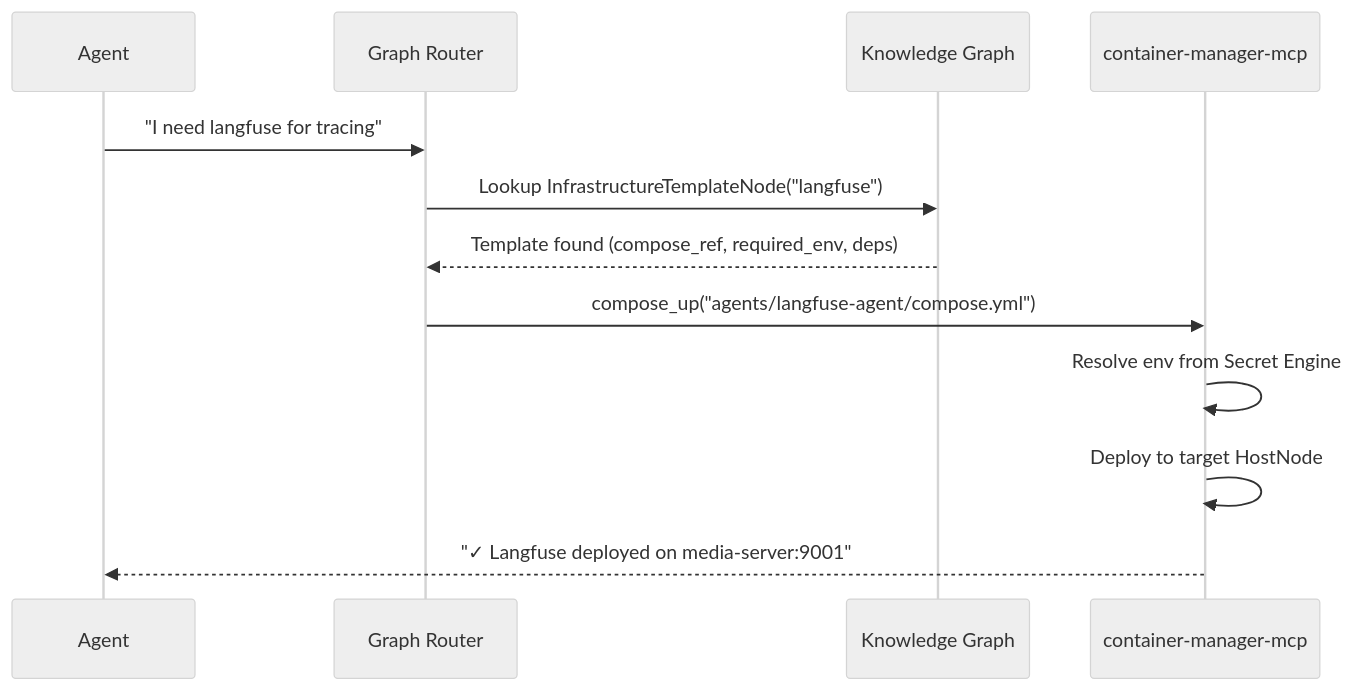
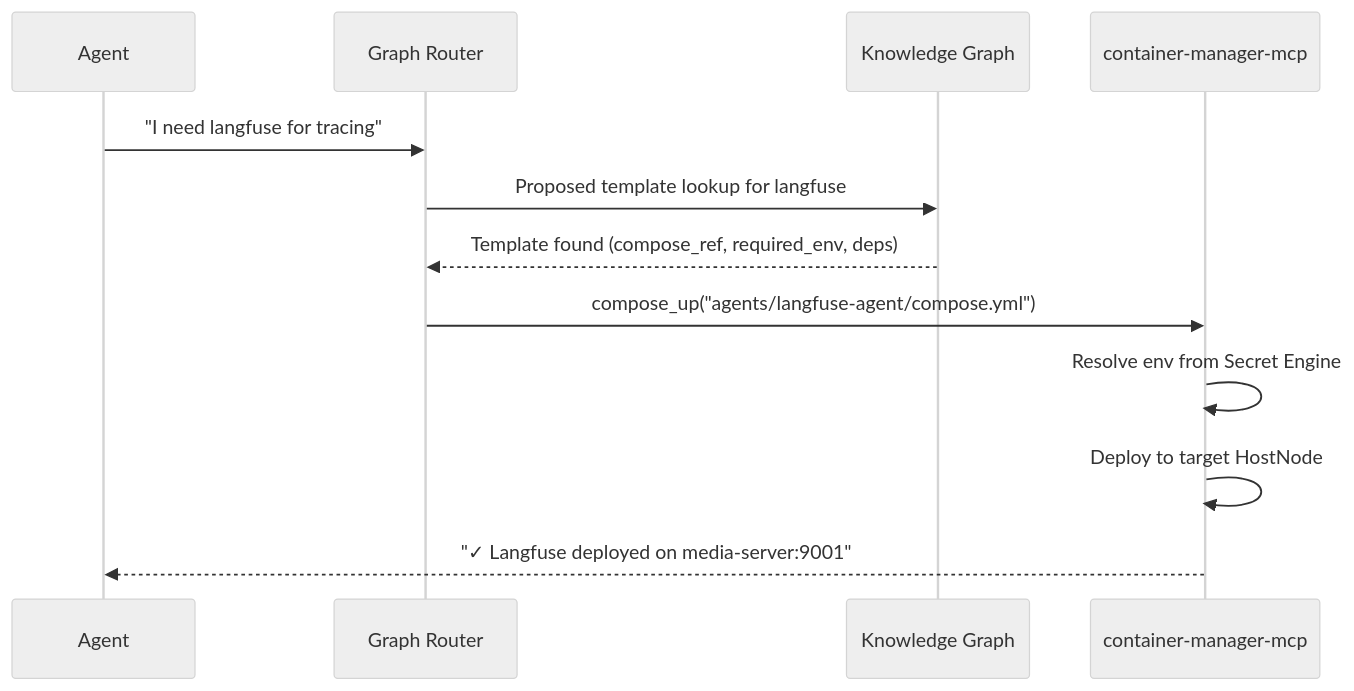
The third of 5 diagrams in docs/guides/agent-os-architecture.md (Knuckles-Team/agent-utilities), drawn with Mermaid (neutral theme) before and after one commit. The commit also changed other lines of this file and 15 other files, not shown here.

````diff
--- a/docs/guides/agent-os-architecture.md
+++ b/docs/guides/agent-os-architecture.md
@@ -205,15 +205,15 @@
 ```mermaid
 sequenceDiagram
     participant A as Agent
     participant GR as Graph Router
     participant KG as Knowledge Graph
     participant CM as container-manager-mcp
 
     A->>GR: "I need langfuse for tracing"
-    GR->>KG: Lookup InfrastructureTemplateNode("langfuse")
+    GR->>KG: Proposed template lookup for langfuse
     KG-->>GR: Template found (compose_ref, required_env, deps)
     GR->>CM: compose_up("agents/langfuse-agent/compose.yml")
     CM->>CM: Resolve env from Secret Engine
     CM->>CM: Deploy to target HostNode
     CM-->>A: "✓ Langfuse deployed on media-server:9001"
 ```
````
